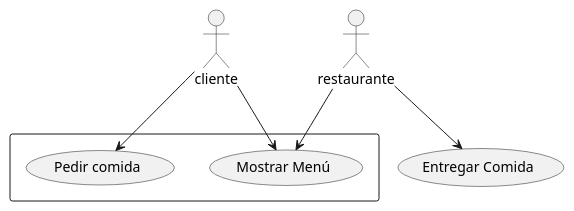
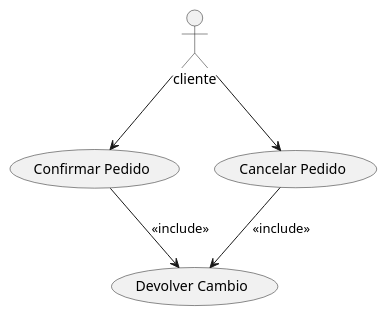
One commit to erentitan4512/Carlos-Arroyo-Galan-Casos-de-Uso-UML changed the diagram in src/test.puml. Above: the diagram before and after it, drawn with PlantUML.

Commit message:
Third Commit

```diff
--- a/src/test.puml
+++ b/src/test.puml
@@ -1,14 +1,8 @@
 @startuml
 actor cliente as C
-actor restaurante as R
 
-R --> (Entregar Comida)
-
-rectangle  {
-  usecase "Mostrar Menú" as UC1
-  usecase "Pedir comida" as UC2
-  }
-C --> UC1
-C --> UC2
-R --> UC1
+C-->(Confirmar Pedido)
+C-->(Cancelar Pedido)
+(Cancelar Pedido) --> (Devolver Cambio) : <<include>>
+(Confirmar Pedido) --> (Devolver Cambio) : <<include>>
 @enduml
```
